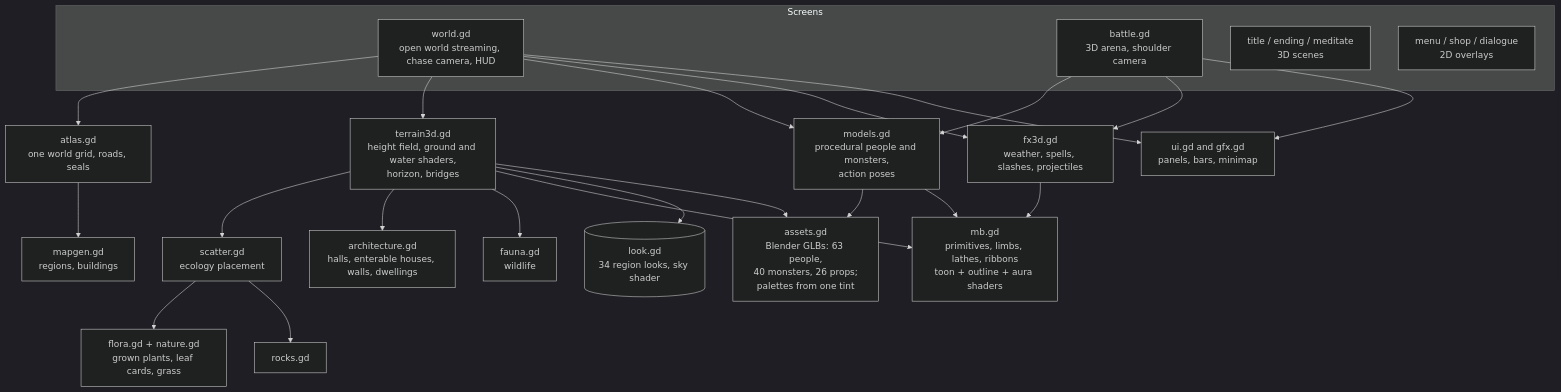
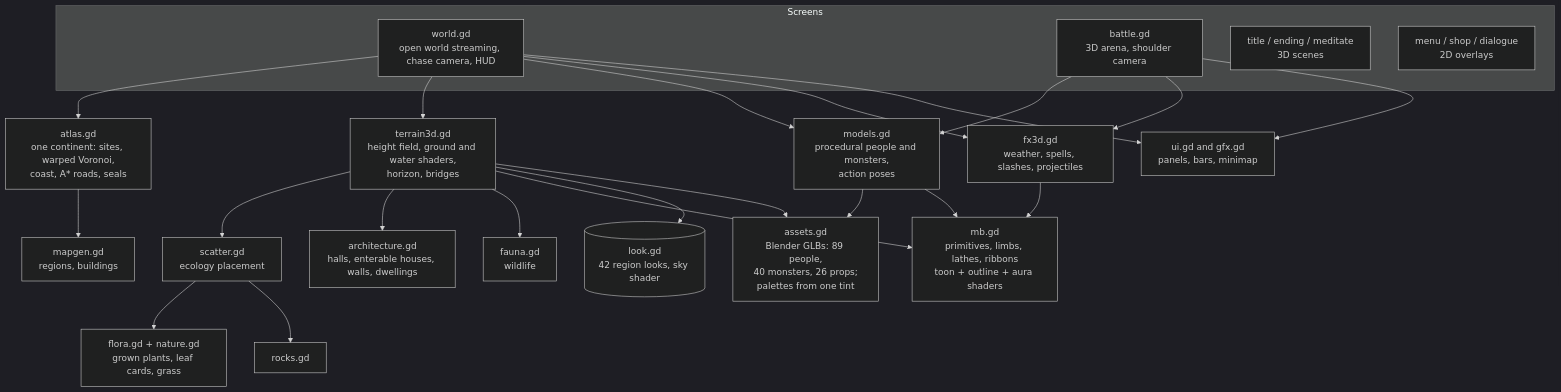
Diagram 16 of 17 in README.md (jgyy/timegox), drawn with Mermaid (dark theme) before and after one commit. The commit also changed other lines of this file and 98 other files, not shown here.

Commit message:
Organic continent instead of a grid, four new towns and the Annals, Part X (+1h10m), bug fixes (#10)

````diff
--- a/README.md
+++ b/README.md
@@ -758,29 +885,29 @@
 ```mermaid
 flowchart TD
     subgraph Screens
         W[world.gd<br/>open world streaming, chase camera, HUD]
         B[battle.gd<br/>3D arena, shoulder camera]
         T[title / ending / meditate<br/>3D scenes]
         M[menu / shop / dialogue<br/>2D overlays]
     end
-    W --> ATL[atlas.gd<br/>one world grid, roads, seals]
+    W --> ATL[atlas.gd<br/>one continent: sites, warped Voronoi,<br/>coast, A* roads, seals]
     ATL --> MG2[mapgen.gd<br/>regions, buildings]
     W --> TER[terrain3d.gd<br/>height field, ground and water shaders,<br/>horizon, bridges]
     TER --> SC[scatter.gd<br/>ecology placement]
     SC --> FL[flora.gd + nature.gd<br/>grown plants, leaf cards, grass]
     SC --> RK[rocks.gd]
     TER --> ARC[architecture.gd<br/>halls, enterable houses, walls, dwellings]
     TER --> FA[fauna.gd<br/>wildlife]
     W --> MOD[models.gd<br/>procedural people and monsters,<br/>action poses]
-    MOD --> AS[assets.gd<br/>Blender GLBs: 63 people,<br/>40 monsters, 26 props;<br/>palettes from one tint]
+    MOD --> AS[assets.gd<br/>Blender GLBs: 89 people,<br/>40 monsters, 26 props;<br/>palettes from one tint]
     B --> MOD
     B --> FX[fx3d.gd<br/>weather, spells, slashes, projectiles]
     W --> FX
     TER --> MB[mb.gd<br/>primitives, limbs, lathes, ribbons<br/>toon + outline + aura shaders]
     MOD --> MB
     FX --> MB
-    TER --> LK[(look.gd<br/>34 region looks, sky shader)]
+    TER --> LK[(look.gd<br/>42 region looks, sky shader)]
     TER --> AS
     W --> UI[ui.gd and gfx.gd<br/>panels, bars, minimap]
     B --> UI
 ```
````
